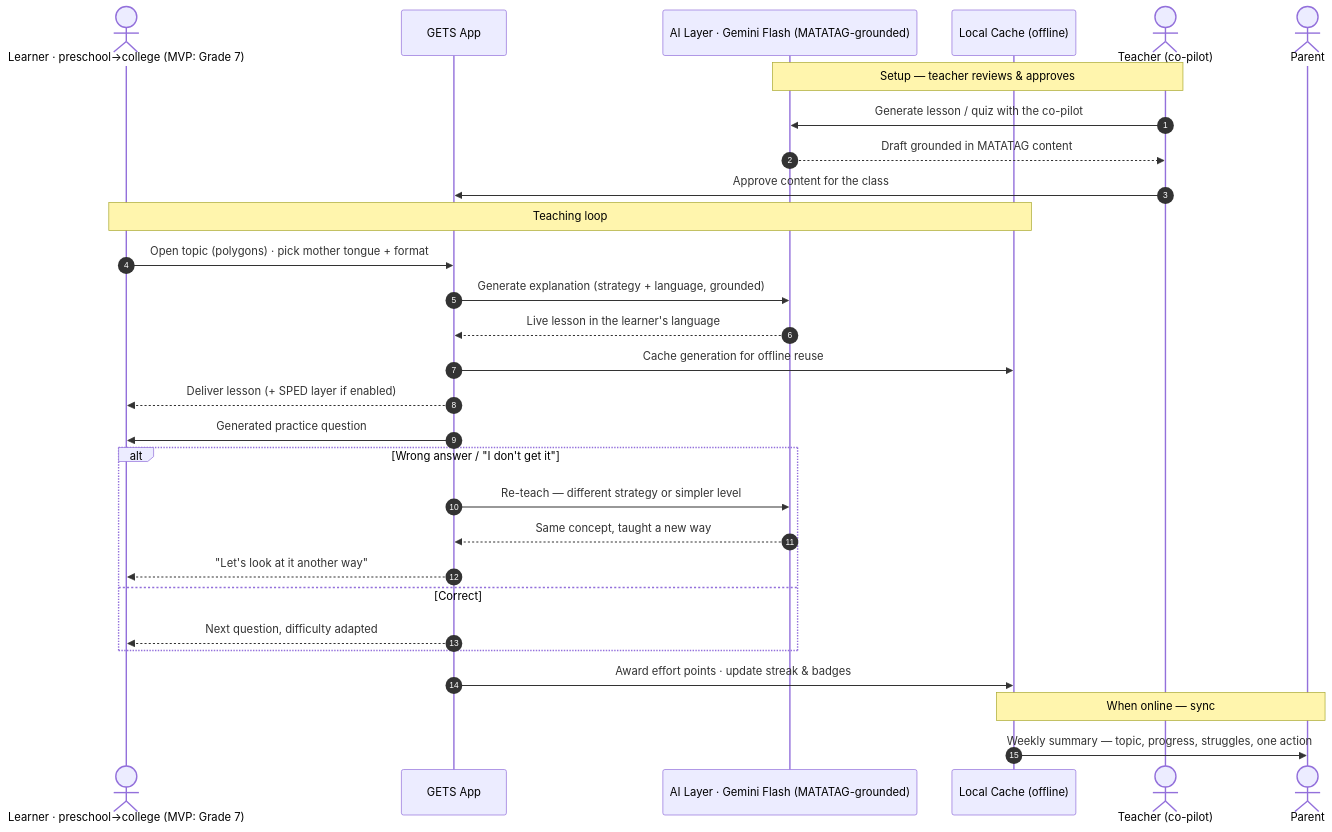
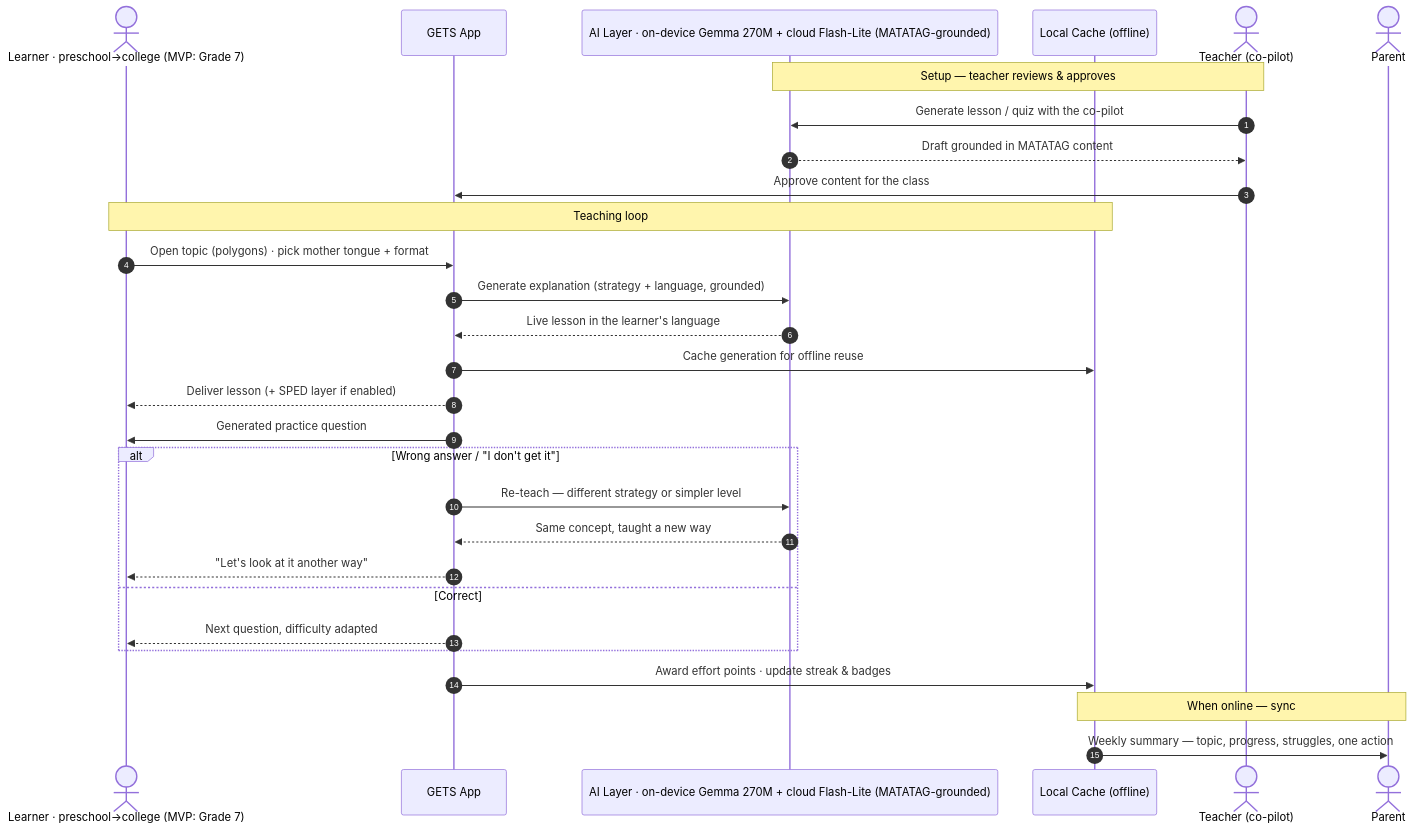
One commit to realminds-ellah/stack-a-ton changed the diagram in README.md. Above: the diagram before and after it, drawn with Mermaid. The commit also changed other lines of this file, not shown here.

First line of the commit message:
docs(readme): update business model + financials, roadmap, hybrid AI (#6)

````diff
--- a/README.md
+++ b/README.md
@@ -136,35 +137,35 @@
 ```mermaid
 sequenceDiagram
     autonumber
     actor Learner as Learner · preschool→college (MVP: Grade 7)
     participant App as GETS App
-    participant AI as AI Layer · Gemini Flash (MATATAG-grounded)
+    participant AI as AI Layer · on-device Gemma 270M + cloud Flash-Lite (MATATAG-grounded)
     participant Cache as Local Cache (offline)
     actor Teacher as Teacher (co-pilot)
     actor Parent as Parent
 
     Note over Teacher, AI: Setup — teacher reviews & approves
     Teacher->>AI: Generate lesson / quiz with the co-pilot
     AI-->>Teacher: Draft grounded in MATATAG content
     Teacher->>App: Approve content for the class
 
     Note over Learner, Cache: Teaching loop
     Learner->>App: Open topic (polygons) · pick mother tongue + format
     App->>AI: Generate explanation (strategy + language, grounded)
     AI-->>App: Live lesson in the learner's language
     App->>Cache: Cache generation for offline reuse
     App-->>Learner: Deliver lesson (+ SPED layer if enabled)
     App->>Learner: Generated practice question
 
     alt Wrong answer / "I don't get it"
         App->>AI: Re-teach — different strategy or simpler level
         AI-->>App: Same concept, taught a new way
         App-->>Learner: "Let's look at it another way"
     else Correct
         App-->>Learner: Next question, difficulty adapted
     end
 
     App->>Cache: Award effort points · update streak & badges
     Note over Cache, Parent: When online — sync
     Cache->>Parent: Weekly summary — topic, progress, struggles, one action
 ```
````
